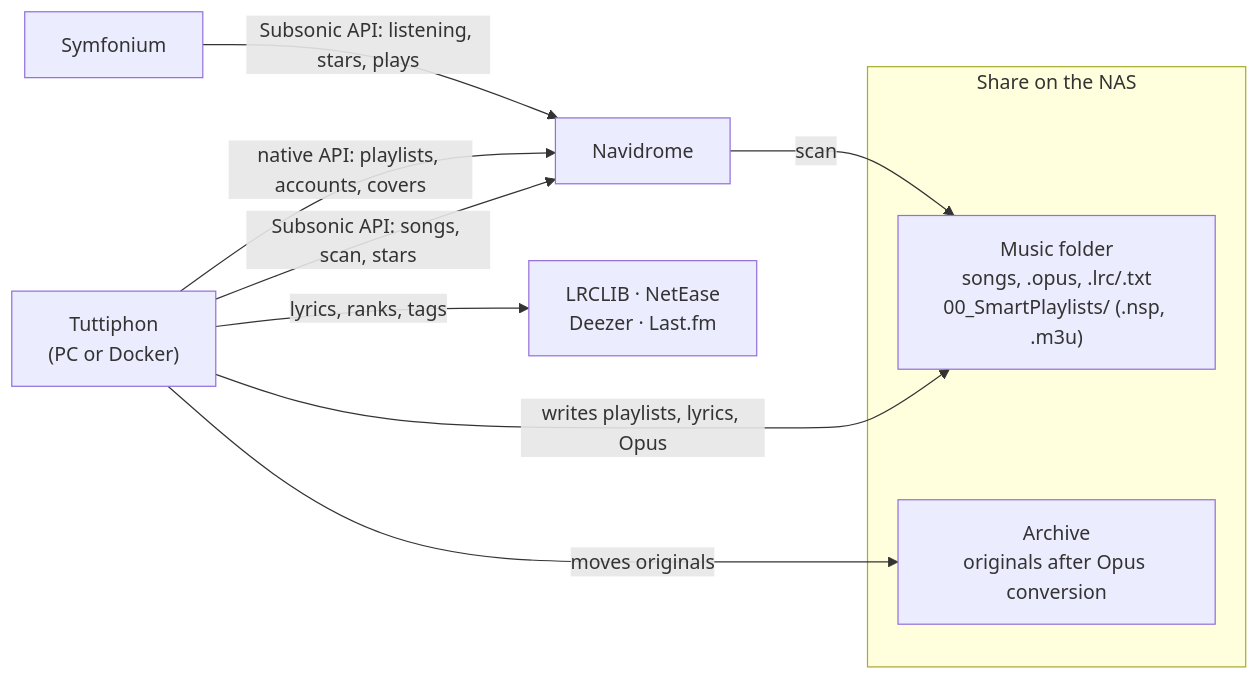
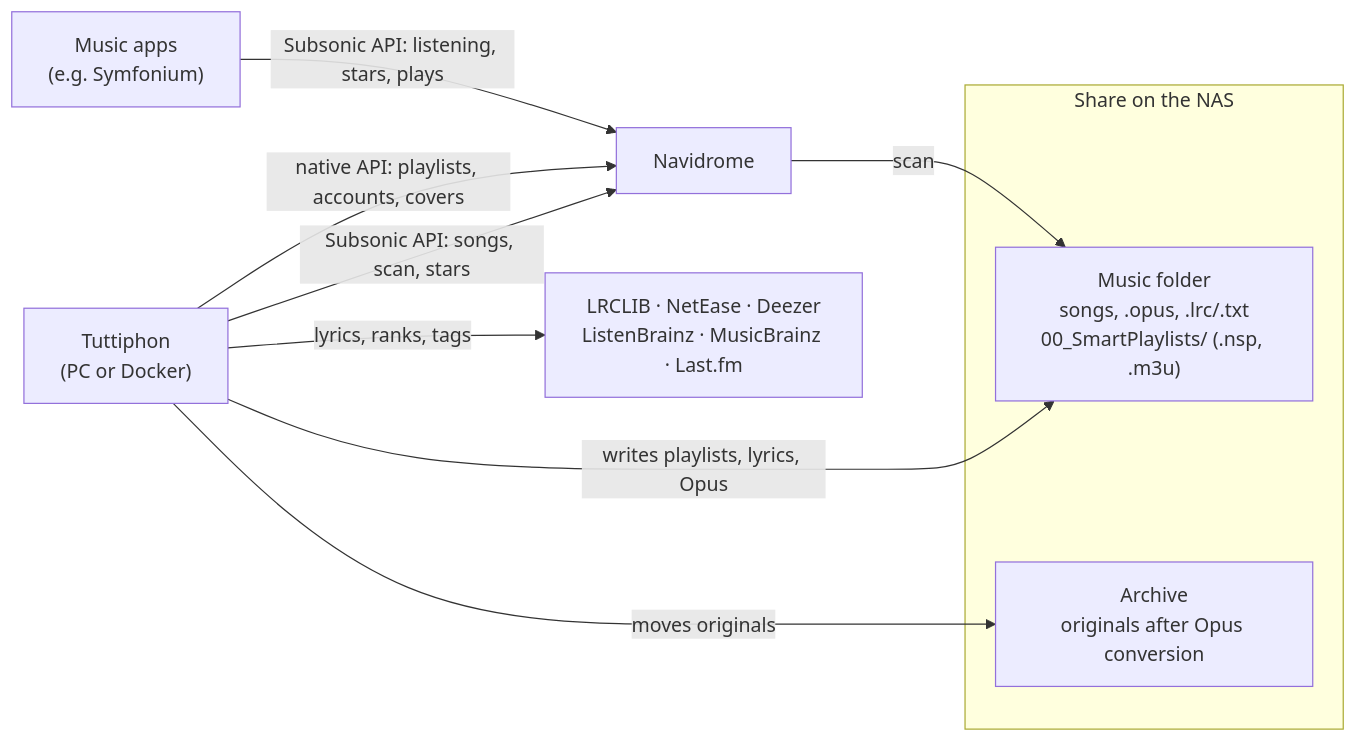
Before and after one commit to seluce/Tuttiphon: the diagram in docs/01-architecture.md, drawn with Mermaid. The commit also changed other lines of this file and 190 other files, not shown here.

First line of the commit message:
Similar bands and tags from ListenBrainz and Deezer, Last.fm optional

````diff
--- a/docs/01-architecture.md
+++ b/docs/01-architecture.md
@@ -17,18 +18,18 @@
 ```mermaid
 flowchart LR
   subgraph NAS["Share on the NAS"]
     M["Music folder<br/>songs, .opus, .lrc/.txt<br/>00_SmartPlaylists/ (.nsp, .m3u)"]
     A["Archive<br/>originals after Opus conversion"]
   end
   NT["Tuttiphon<br/>(PC or Docker)"]
   ND["Navidrome"]
-  SY["Symfonium"]
-  EXT["LRCLIB · NetEase<br/>Deezer · Last.fm"]
+  SY["Music apps<br/>(e.g. Symfonium)"]
+  EXT["LRCLIB · NetEase · Deezer<br/>ListenBrainz · MusicBrainz · Last.fm"]
   NT -- "writes playlists, lyrics, Opus" --> M
   NT -- "moves originals" --> A
   ND -- "scan" --> M
   NT -- "Subsonic API: songs, scan, stars" --> ND
   NT -- "native API: playlists, accounts, covers" --> ND
   SY -- "Subsonic API: listening, stars, plays" --> ND
   NT -- "lyrics, ranks, tags" --> EXT
 ```
````
